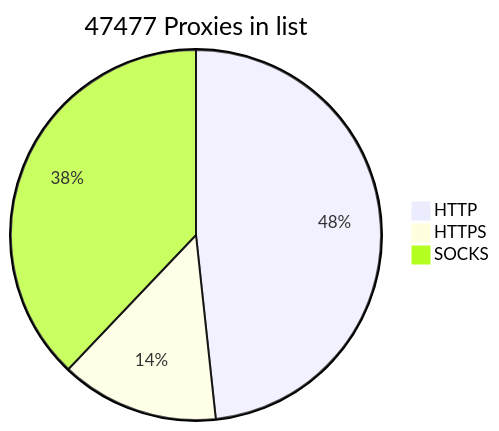
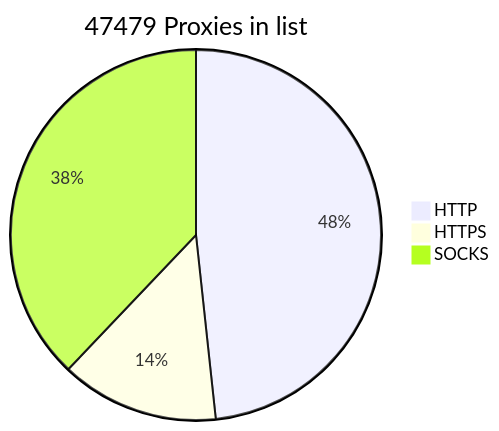
Before and after one commit to BlackSnowDot/proxylist-update-every-minute: the diagram in README.md, drawn with Mermaid.

````diff
--- a/README.md
+++ b/README.md
@@ -2,6 +2,6 @@
 ```mermaid
-pie title 47477 Proxies in list
-    "HTTP" : 25620
-    "HTTPS": 7326
-    "SOCKS" : 20107
+pie title 47479 Proxies in list
+    "HTTP" : 25622
+    "HTTPS": 7325
+    "SOCKS" : 20108
 ```
````
